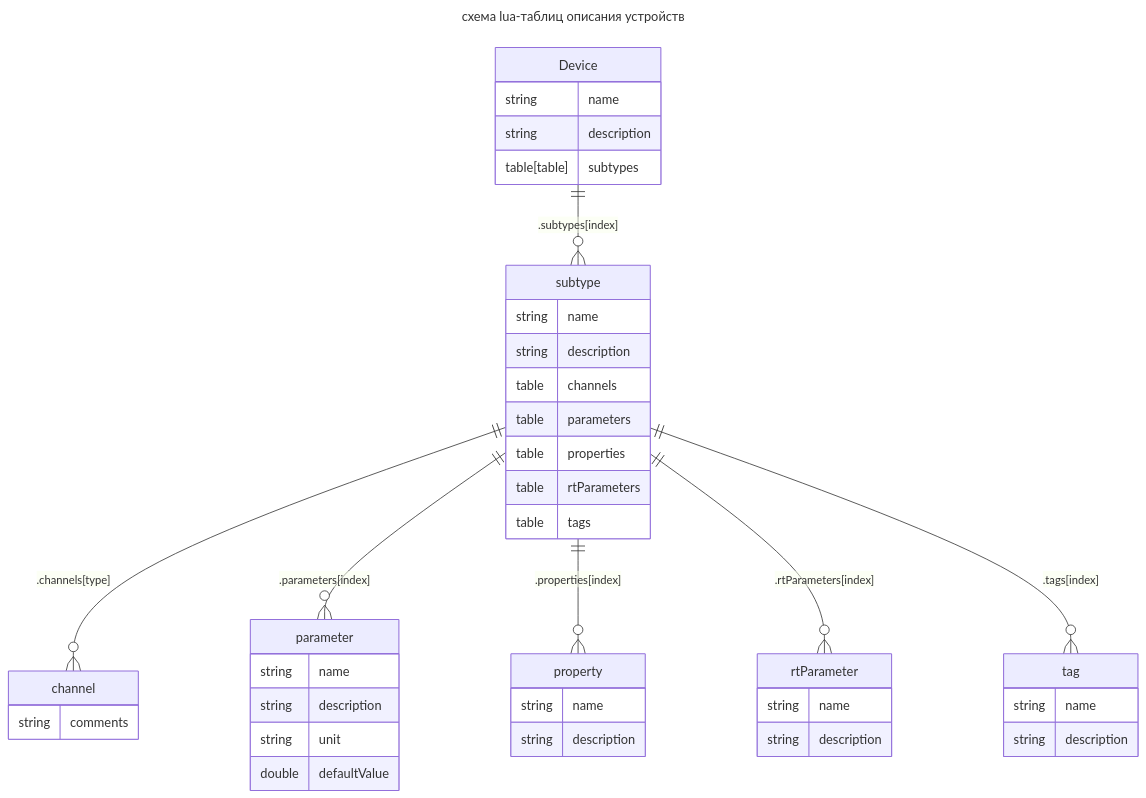
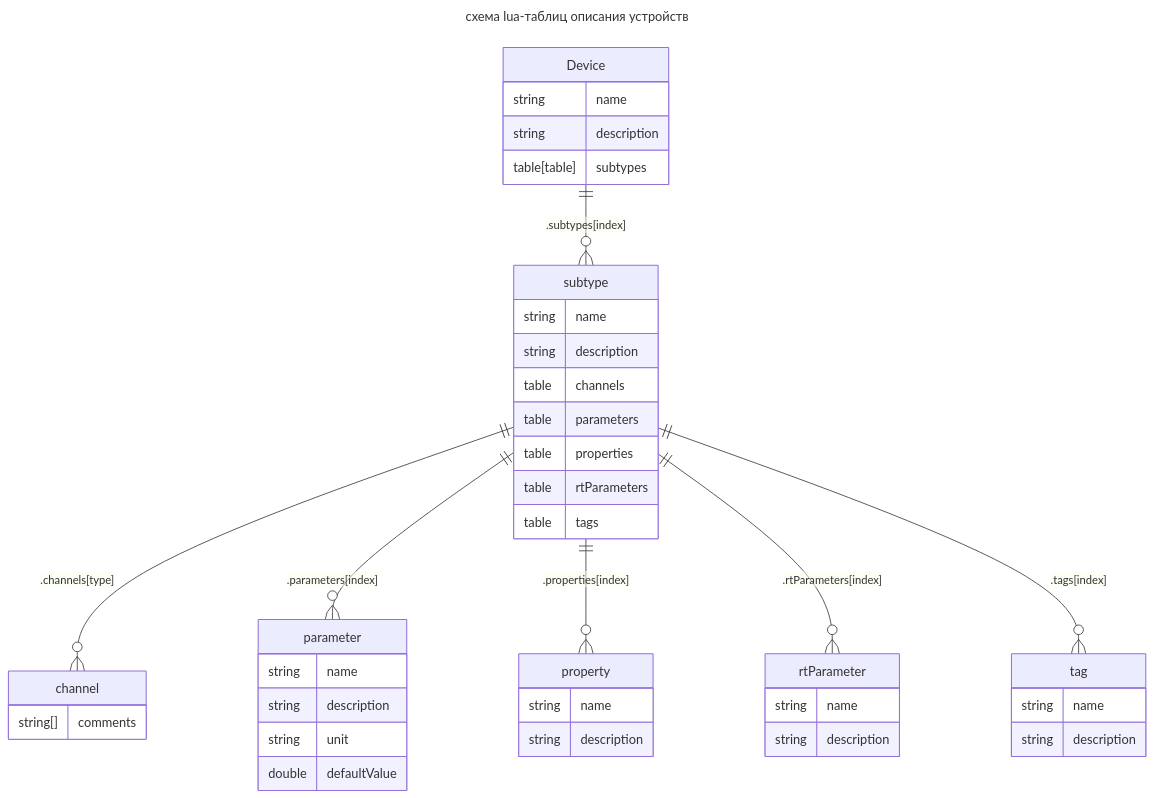
One commit to KirillGutyrchik/AutoProCS-Lua changed the diagram in dev/types/readme.md. Above: the diagram before and after it, drawn with Mermaid.

````diff
--- a/dev/types/readme.md
+++ b/dev/types/readme.md
@@ -4,55 +4,55 @@
 ```mermaid
 ---
 title: схема lua-таблиц описания устройств
 ---
 erDiagram
 
 Device {
     string name
     string description
     table[table] subtypes
 }
 
 subtype {
     string name
     string description
     table channels
     table parameters
     table properties
     table rtParameters
     table tags
 }
 
 channel {
-    string comments
+    string[] comments
 }
 
 parameter {
     string name
     string description
     string unit
     double defaultValue
 }
 
 property {
     string name
     string description
 }
 
 rtParameter {
     string name
     string description
 }
 tag {
     string name
     string description
 }
 
 Device ||--o{ subtype : ".subtypes[index]"
 
 subtype ||--o{ channel : ".channels[type]"
 subtype ||--o{ parameter : ".parameters[index]"
 subtype ||--o{ property : ".properties[index]"
 subtype ||--o{ rtParameter : ".rtParameters[index]"
 subtype ||--o{ tag : ".tags[index]"
 ```
````
